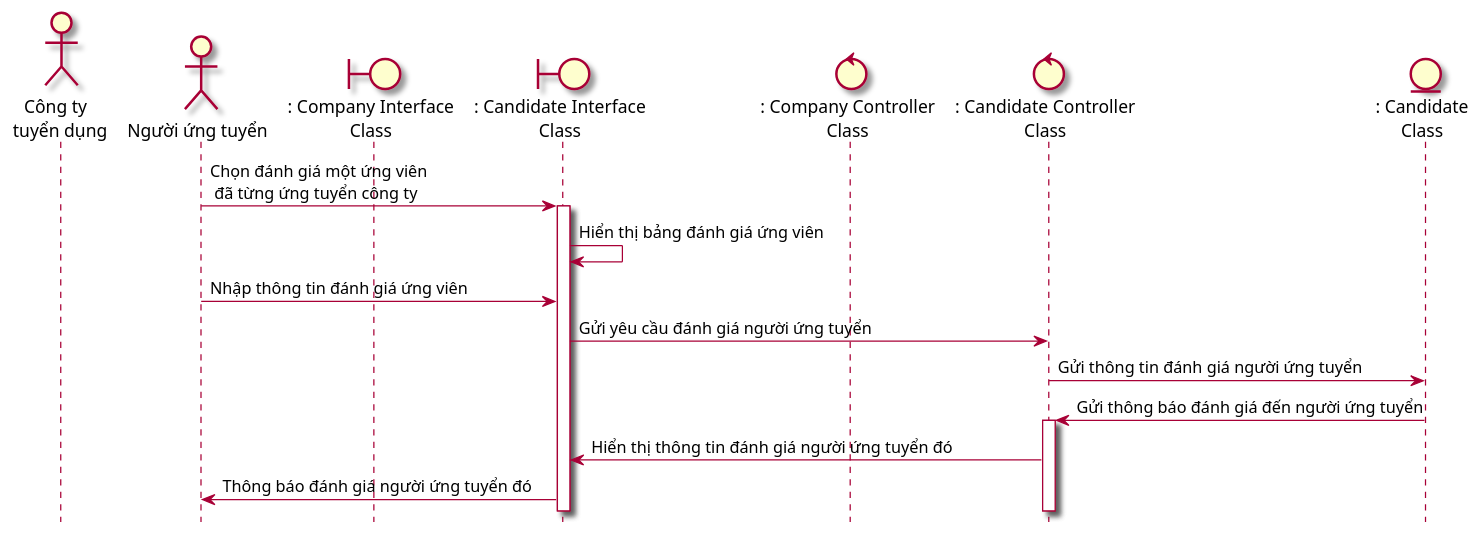
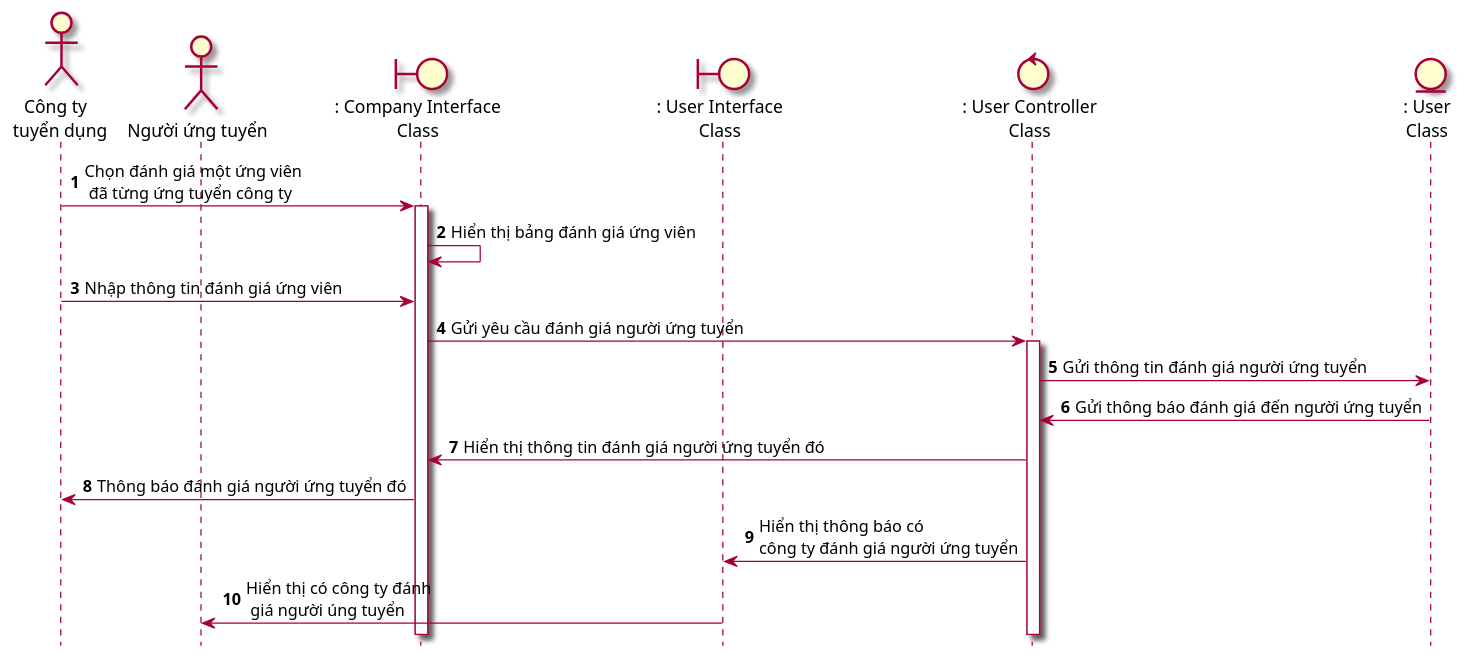
Before and after one commit to Griselda4774/EAS-EmploymentAssistanceSystem: the diagram in Lab1/Lab 1.2 Diagram/Sequence/FilePUML/5.1 SeqDanhGiaNguoiUngTuyen.puml, drawn with PlantUML. The commit also changed 9 other files, not shown here.

```diff
--- a/Lab1/Lab 1.2 Diagram/Sequence/FilePUML/5.1 SeqDanhGiaNguoiUngTuyen.puml
+++ b/Lab1/Lab 1.2 Diagram/Sequence/FilePUML/5.1 SeqDanhGiaNguoiUngTuyen.puml
@@ -1,20 +1,22 @@
 @startuml SeqDanhGiaCongTyTuyenDung
 skin rose 
 hide footbox
+autonumber
 actor congTy as "Công ty \n tuyển dụng"
 actor nguoiUngTuyen as "Người ứng tuyển"
 boundary companyInterface as ": Company Interface\nClass"
-boundary candidateInterface as ": Candidate Interface\nClass"
-control companyController as ": Company Controller\nClass"
-control candidateController as ": Candidate Controller\nClass"
-entity Candidate as ": Candidate\nClass"
+boundary candidateInterface as ": User Interface\nClass"
+control userController as ": User Controller\nClass"
+entity User as ": User\nClass"
 
-nguoiUngTuyen->candidateInterface++: Chọn đánh giá một ứng viên\n đã từng ứng tuyển công ty
-candidateInterface->candidateInterface: Hiển thị bảng đánh giá ứng viên
-nguoiUngTuyen-> candidateInterface: Nhập thông tin đánh giá ứng viên
-candidateInterface-> candidateController: Gửi yêu cầu đánh giá người ứng tuyển
-candidateController-> Candidate: Gửi thông tin đánh giá người ứng tuyển
-Candidate ->  candidateController++: Gửi thông báo đánh giá đến người ứng tuyển
-candidateController-> candidateInterface: Hiển thị thông tin đánh giá người ứng tuyển đó
-candidateInterface -> nguoiUngTuyen: Thông báo đánh giá người ứng tuyển đó
+congTy->companyInterface++: Chọn đánh giá một ứng viên\n đã từng ứng tuyển công ty
+companyInterface->companyInterface: Hiển thị bảng đánh giá ứng viên
+congTy-> companyInterface: Nhập thông tin đánh giá ứng viên
+companyInterface-> userController++: Gửi yêu cầu đánh giá người ứng tuyển
+userController-> User: Gửi thông tin đánh giá người ứng tuyển
+User ->  userController: Gửi thông báo đánh giá đến người ứng tuyển
+userController-> companyInterface: Hiển thị thông tin đánh giá người ứng tuyển đó
+companyInterface -> congTy: Thông báo đánh giá người ứng tuyển đó
+userController-> candidateInterface: Hiển thị thông báo có\ncông ty đánh giá người ứng tuyển
+candidateInterface->nguoiUngTuyen:Hiển thị có công ty đánh\n giá người úng tuyển
 @enduml
```
